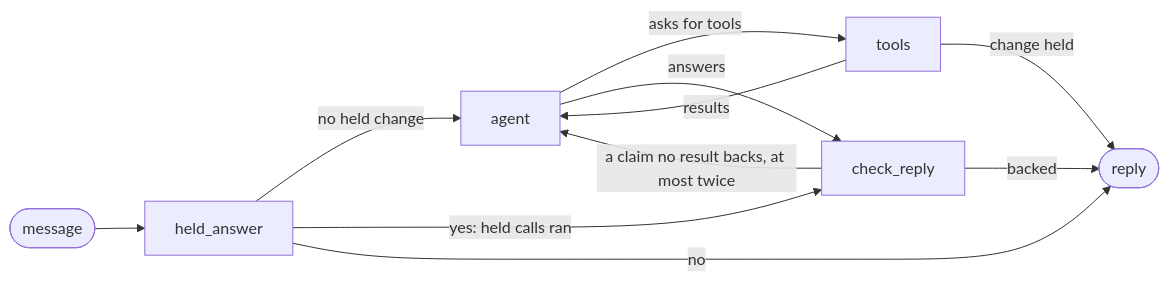
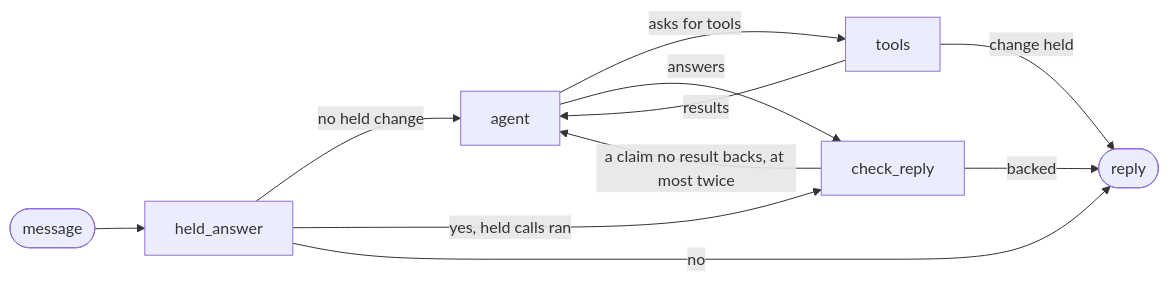
The diagram in docs/agent-loop-and-langgraph.md (masudur-rahman-musa/helpdesk-agentic-flow), drawn with Mermaid before and after one commit. The commit also changed other lines of this file and 13 other files, not shown here.

````diff
--- a/docs/agent-loop-and-langgraph.md
+++ b/docs/agent-loop-and-langgraph.md
@@ -36,13 +38,13 @@
 ```mermaid
 flowchart LR
     start([message]) --> held_answer
     held_answer -- "no held change" --> agent
-    held_answer -- "yes: held calls ran" --> check_reply
+    held_answer -- "yes, held calls ran" --> check_reply
     held_answer -- "no" --> done([reply])
     agent -- "asks for tools" --> tools
     tools -- "results" --> agent
     tools -- "change held" --> done
     agent -- "answers" --> check_reply
     check_reply -- "a claim no result backs, at most twice" --> agent
     check_reply -- "backed" --> done
 ```
````
